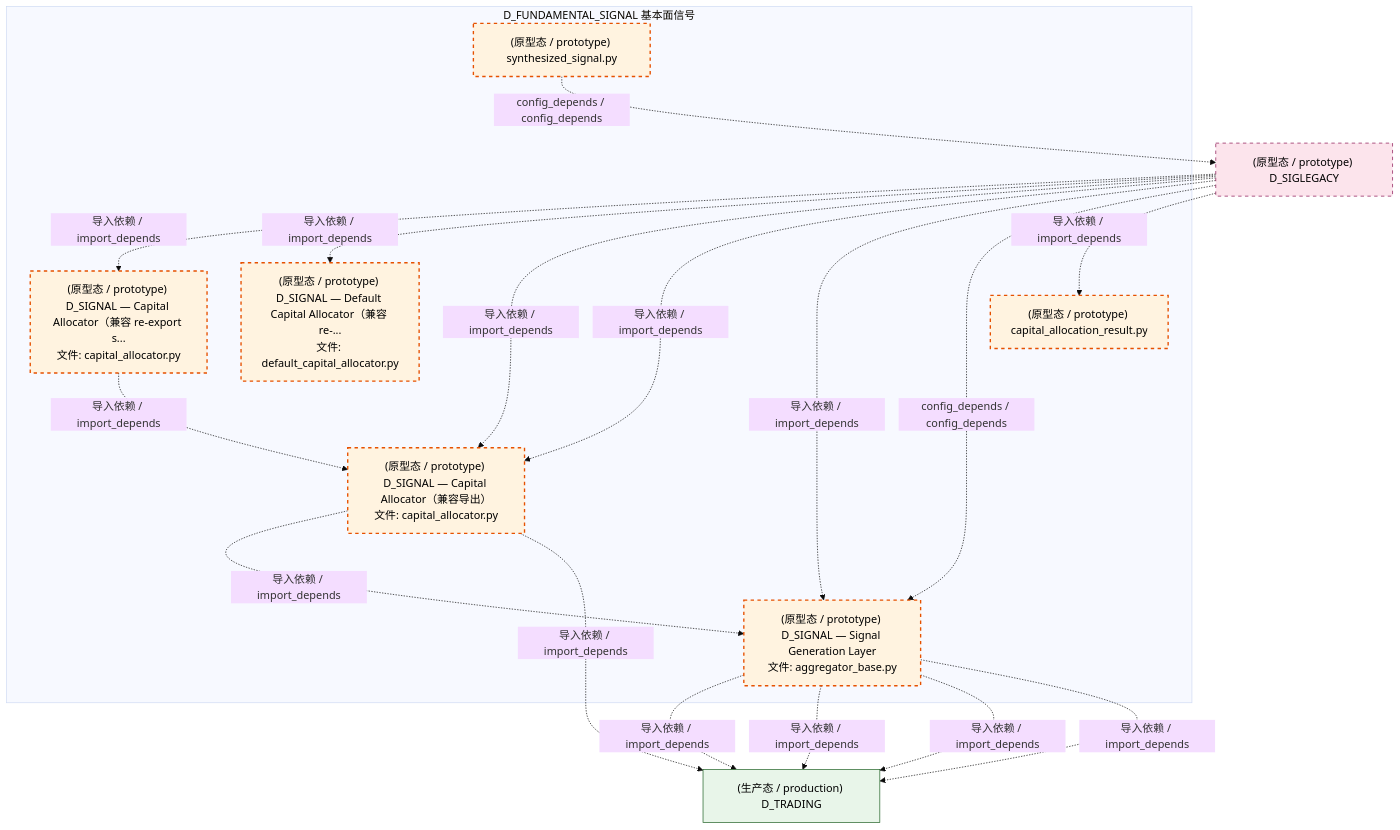
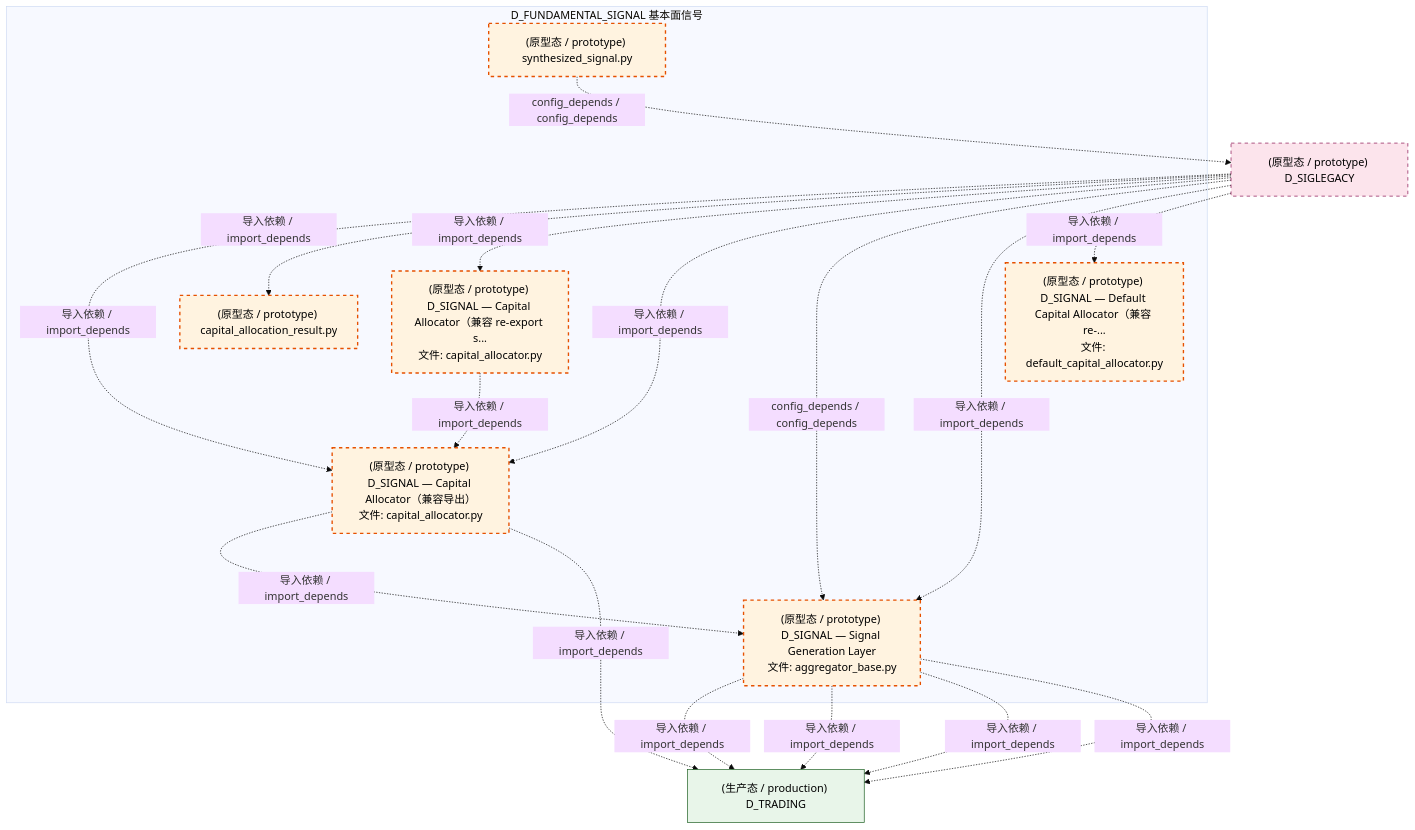
One commit to xuanFelixVan/ZephyrAlpha changed the third of 4 diagrams in docs/02_enterprise_architecture/02_domain_architecture_docs/37_d_fundamental_signal.md. Above: the diagram before and after it, drawn with Mermaid (base theme). The commit also changed other lines of this file and 126 other files, not shown here.

````diff
--- a/docs/02_enterprise_architecture/02_domain_architecture_docs/37_d_fundamental_signal.md
+++ b/docs/02_enterprise_architecture/02_domain_architecture_docs/37_d_fundamental_signal.md
@@ -177,35 +177,35 @@
 ```mermaid
 graph TD
     subgraph D_FUNDAMENTAL_SIGNAL["D_FUNDAMENTAL_SIGNAL 基本面信号"]
         src_zephyr_signal_fundamental_capital_capital_allocation_result_py["(原型态 / prototype) capital_allocation_result.py"]
         src_zephyr_signal_fundamental_capital_capital_allocator_py["(原型态 / prototype) D_SIGNAL — Capital Allocator（兼容 re-export s...<br/>文件: capital_allocator.py"]
         src_zephyr_signal_fundamental_capital_default_capital_allocator_py["(原型态 / prototype) D_SIGNAL — Default Capital Allocator（兼容 re-...<br/>文件: default_capital_allocator.py"]
         src_zephyr_signal_fundamental_combiner_synthesized_signal_py["(原型态 / prototype) synthesized_signal.py"]
         src_zephyr_signal_fundamental_gen_aggregator_base_py["(原型态 / prototype) D_SIGNAL — Signal Generation Layer<br/>文件: aggregator_base.py"]
         src_zephyr_signal_fundamental_strategy_capital_allocator_py["(原型态 / prototype) D_SIGNAL — Capital Allocator（兼容导出）<br/>文件: capital_allocator.py"]
     end
     src_zephyr_signal_fundamental_capital_capital_allocator_py -.->|导入依赖 / import_depends| src_zephyr_signal_fundamental_strategy_capital_allocator_py
     src_zephyr_signal_fundamental_strategy_capital_allocator_py -.->|导入依赖 / import_depends| src_zephyr_signal_fundamental_gen_aggregator_base_py
     D_TRADING["(生产态 / production) D_TRADING"]
     src_zephyr_signal_fundamental_gen_aggregator_base_py -.->|导入依赖 / import_depends| D_TRADING
     src_zephyr_signal_fundamental_gen_aggregator_base_py -.->|导入依赖 / import_depends| D_TRADING
+    src_zephyr_signal_fundamental_gen_aggregator_base_py -.->|导入依赖 / import_depends| D_TRADING
+    src_zephyr_signal_fundamental_gen_aggregator_base_py -.->|导入依赖 / import_depends| D_TRADING
     D_SIGLEGACY["(原型态 / prototype) D_SIGLEGACY"]
     src_zephyr_signal_fundamental_combiner_synthesized_signal_py -.->|config_depends / config_depends| D_SIGLEGACY
-    src_zephyr_signal_fundamental_gen_aggregator_base_py -.->|导入依赖 / import_depends| D_TRADING
     src_zephyr_signal_fundamental_strategy_capital_allocator_py -.->|导入依赖 / import_depends| D_TRADING
-    src_zephyr_signal_fundamental_gen_aggregator_base_py -.->|导入依赖 / import_depends| D_TRADING
+    D_SIGLEGACY -.->|导入依赖 / import_depends| src_zephyr_signal_fundamental_strategy_capital_allocator_py
+    D_SIGLEGACY -.->|导入依赖 / import_depends| src_zephyr_signal_fundamental_capital_capital_allocation_result_py
     D_SIGLEGACY -.->|导入依赖 / import_depends| src_zephyr_signal_fundamental_capital_capital_allocator_py
+    D_SIGLEGACY -.->|导入依赖 / import_depends| src_zephyr_signal_fundamental_strategy_capital_allocator_py
+    D_SIGLEGACY -.->|config_depends / config_depends| src_zephyr_signal_fundamental_gen_aggregator_base_py
+    D_SIGLEGACY -.->|导入依赖 / import_depends| src_zephyr_signal_fundamental_gen_aggregator_base_py
     D_SIGLEGACY -.->|导入依赖 / import_depends| src_zephyr_signal_fundamental_capital_default_capital_allocator_py
-    D_SIGLEGACY -.->|导入依赖 / import_depends| src_zephyr_signal_fundamental_strategy_capital_allocator_py
-    D_SIGLEGACY -.->|导入依赖 / import_depends| src_zephyr_signal_fundamental_strategy_capital_allocator_py
-    D_SIGLEGACY -.->|导入依赖 / import_depends| src_zephyr_signal_fundamental_gen_aggregator_base_py
-    D_SIGLEGACY -.->|config_depends / config_depends| src_zephyr_signal_fundamental_gen_aggregator_base_py
-    D_SIGLEGACY -.->|导入依赖 / import_depends| src_zephyr_signal_fundamental_capital_capital_allocation_result_py
     classDef production fill:#e1f5fe,stroke:#01579b,stroke-width:2px,color:#000
     classDef design fill:#fff3e0,stroke:#e65100,stroke-width:2px,color:#000,stroke-dasharray: 5 5
     classDef external_prod fill:#e8f5e9,stroke:#1b5e20,stroke-width:1px,color:#000
     classDef external_design fill:#fce4ec,stroke:#880e4f,stroke-width:1px,color:#000,stroke-dasharray: 5 5
     class src_zephyr_signal_fundamental_capital_capital_allocation_result_py,src_zephyr_signal_fundamental_capital_capital_allocator_py,src_zephyr_signal_fundamental_capital_default_capital_allocator_py,src_zephyr_signal_fundamental_combiner_synthesized_signal_py,src_zephyr_signal_fundamental_gen_aggregator_base_py,src_zephyr_signal_fundamental_strategy_capital_allocator_py design
     class D_TRADING external_prod
     class D_SIGLEGACY external_design
 ```
````
